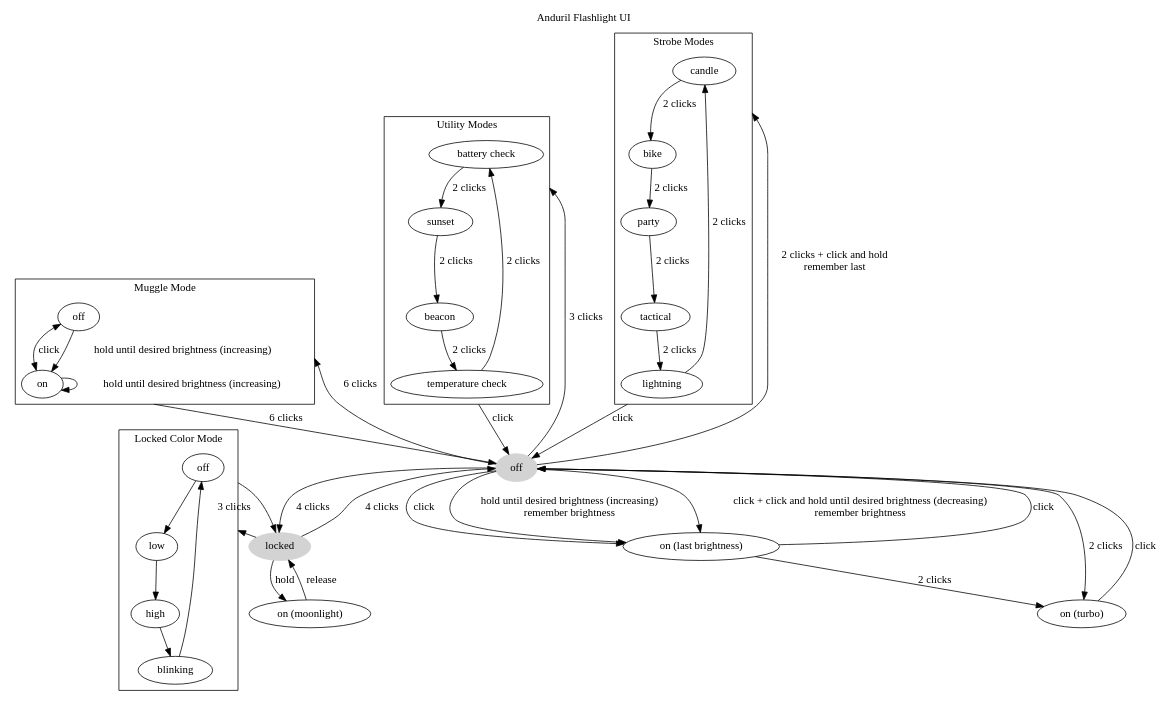
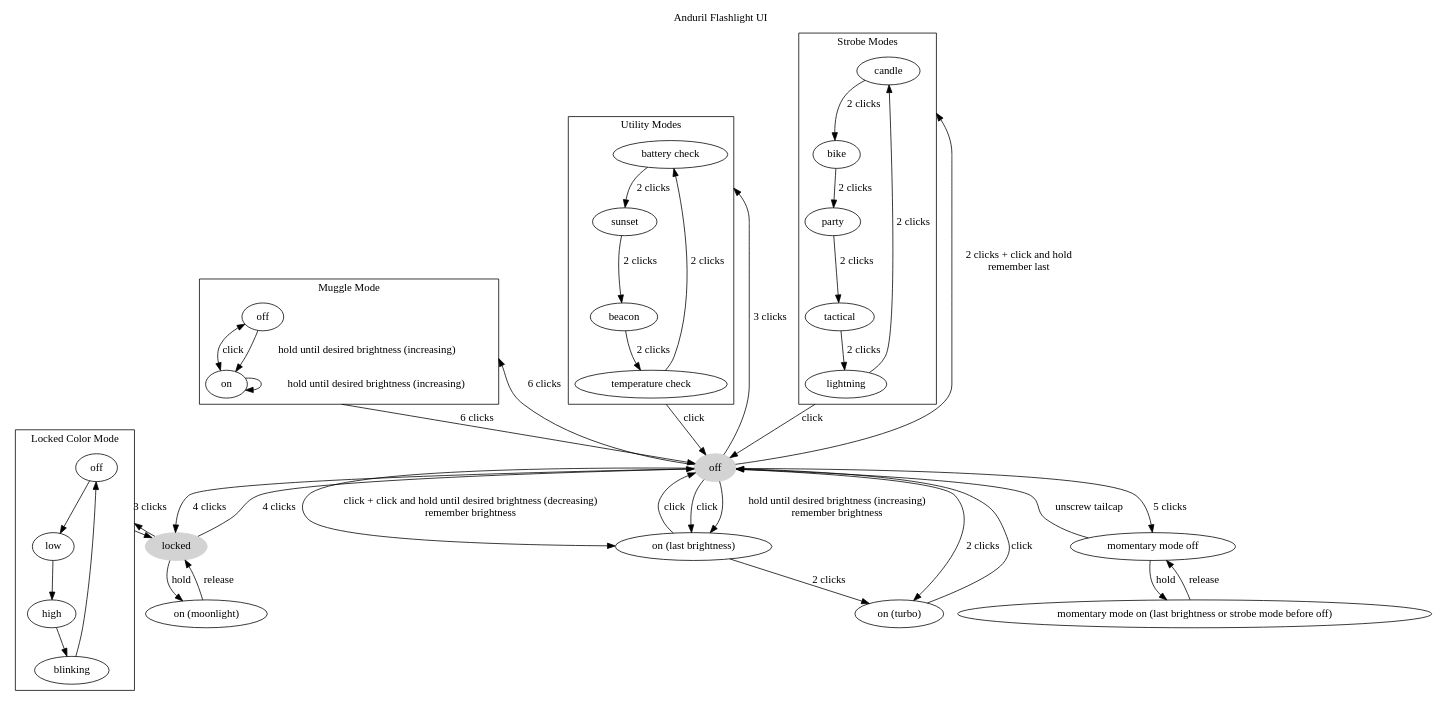
One commit to mmb/anduril-ui-diagram changed the diagram in ui.dot. Above: the diagram before and after it, drawn with Graphviz. The commit also changed 2 other files, not shown here.

Commit message:
Add momentary mode

```diff
--- a/ui.dot
+++ b/ui.dot
@@ -1,67 +1,72 @@
 digraph {
   compound=true
 
   off[style="filled",color="lightgrey"]
   off -> "on (last brightness)"[label=click];
   off -> "on (last brightness)"[label="hold until desired brightness (increasing)\nremember brightness"];
   off -> "on (turbo)"[label="2 clicks"];
   off -> "on (last brightness)"[label="click + click and hold until desired brightness (decreasing)\nremember brightness"];
   off -> locked[label="4 clicks"];
+
+  off -> "momentary mode off"[label="5 clicks"];
+  "momentary mode off" -> "momentary mode on (last brightness or strobe mode before off)"[label=hold];
+  "momentary mode off" -> off[label="unscrew tailcap"];
+  "momentary mode on (last brightness or strobe mode before off)" -> "momentary mode off"[label=release];
 
   label="Muggle Mode"
   off -> "muggle off"[label="6 clicks",lhead=cluster_muggle];
   "muggle on" -> off[label="6 clicks",ltail=cluster_muggle]
   subgraph cluster_muggle {
     "muggle off"[label=off];
     "muggle on"[label=on];
     "muggle off" -> "muggle on"[label=click,dir=both]
     "muggle off" -> "muggle on"[label="hold until desired brightness (increasing)"]
     "muggle on" -> "muggle on"[label="hold until desired brightness (increasing)"]
   }
 
   label="Utility Modes"
   off -> "battery check"[label="3 clicks",lhead=cluster_utility];
   "temperature check" -> off[label=click,ltail=cluster_utility]
   subgraph cluster_utility {
     "battery check" -> sunset[label="2 clicks"]
     sunset -> beacon[label="2 clicks"]
     beacon -> "temperature check"[label="2 clicks"]
     "temperature check" -> "battery check"[label="2 clicks"]
   }
 
   label="Strobe Modes"
   off -> candle[label="2 clicks + click and hold\nremember last",lhead=cluster_strobe];
   lightning -> off[label=click,ltail=cluster_strobe];
   subgraph cluster_strobe {
     candle -> bike[label="2 clicks"]
     bike -> party[label="2 clicks"]
     party -> tactical[label="2 clicks"]
     tactical -> lightning[label="2 clicks"]
     lightning -> candle[label="2 clicks"]
   }
 
   locked[style=filled,color=lightgrey]
   locked -> off[label="4 clicks"];
   locked -> "on (moonlight)"[label=hold];
   locked -> "locked color off"[label="3 clicks",lhead=cluster_locked_color_mode];
   "locked color off" -> locked[ltail=cluster_locked_color_mode];
   label="Locked Color Mode"
   subgraph cluster_locked_color_mode {
     "locked color off"[label=off];
     "locked color low"[label=low];
     "locked color high"[label=high];
     "locked color blinking"[label=blinking];
     "locked color off" -> "locked color low"
     "locked color low" -> "locked color high"
     "locked color high" -> "locked color blinking"
     "locked color blinking" -> "locked color off"
   }
 
   "on (moonlight)" -> locked[label=release];
   "on (last brightness)" -> off[label=click];
   "on (last brightness)" -> "on (turbo)"[label="2 clicks"];
   "on (turbo)" -> off[label=click];
 
   label="Anduril Flashlight UI"
   labelloc=t
 }
```
